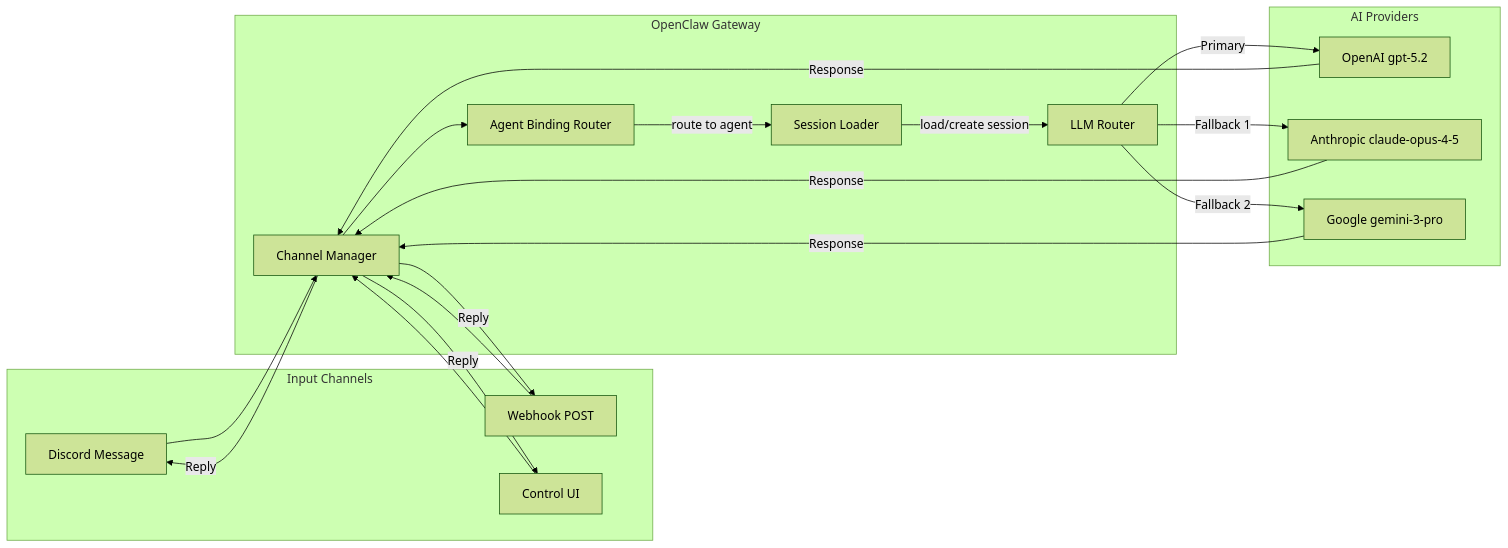
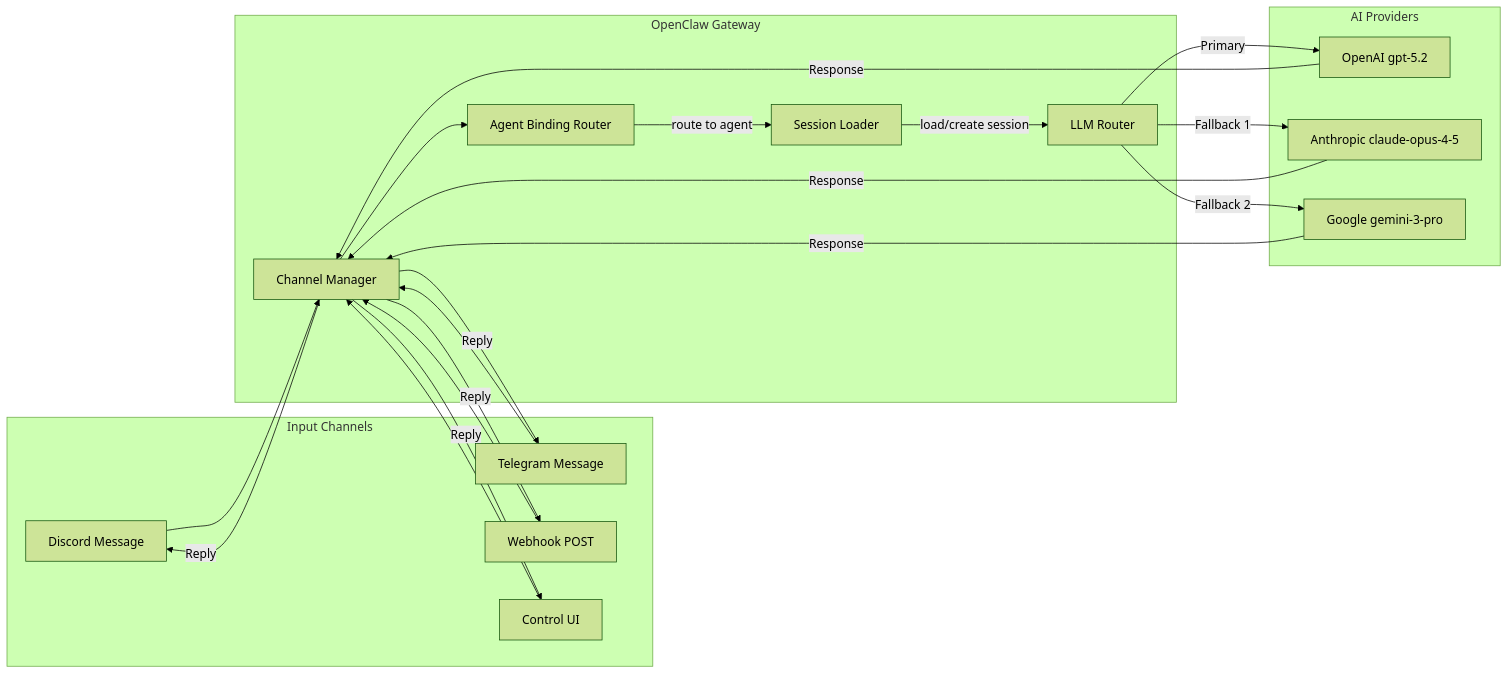
One commit to sanchezcodes/gordon-matrix changed the third of 3 diagrams in docs/repository-deep-dive.md. Above: the diagram before and after it, drawn with Mermaid (forest theme). The commit also changed other lines of this file and 2 other files, not shown here.

First line of the commit message:
Harden Telegram auto-wiring and clean up stale plugin entries

````diff
--- a/docs/repository-deep-dive.md
+++ b/docs/repository-deep-dive.md
@@ -290,37 +296,40 @@
 ```mermaid
 flowchart LR
     subgraph Input Channels
         A[Discord Message]
+        A2[Telegram Message]
         B[Webhook POST]
         C[Control UI]
     end
 
     subgraph OpenClaw Gateway
         D[Channel Manager]
         E[Agent Binding Router]
         F[Session Loader]
         G[LLM Router]
     end
 
     subgraph AI Providers
         H[OpenAI gpt-5.2]
         I[Anthropic claude-opus-4-5]
         J[Google gemini-3-pro]
     end
 
     A --> D
+    A2 --> D
     B --> D
     C --> D
     D --> E
     E -->|"route to agent"| F
     F -->|"load/create session"| G
     G -->|"Primary"| H
     G -->|"Fallback 1"| I
     G -->|"Fallback 2"| J
     H -->|"Response"| D
     I -->|"Response"| D
     J -->|"Response"| D
     D -->|"Reply"| A
+    D -->|"Reply"| A2
     D -->|"Reply"| B
     D -->|"Reply"| C
 ```
````
